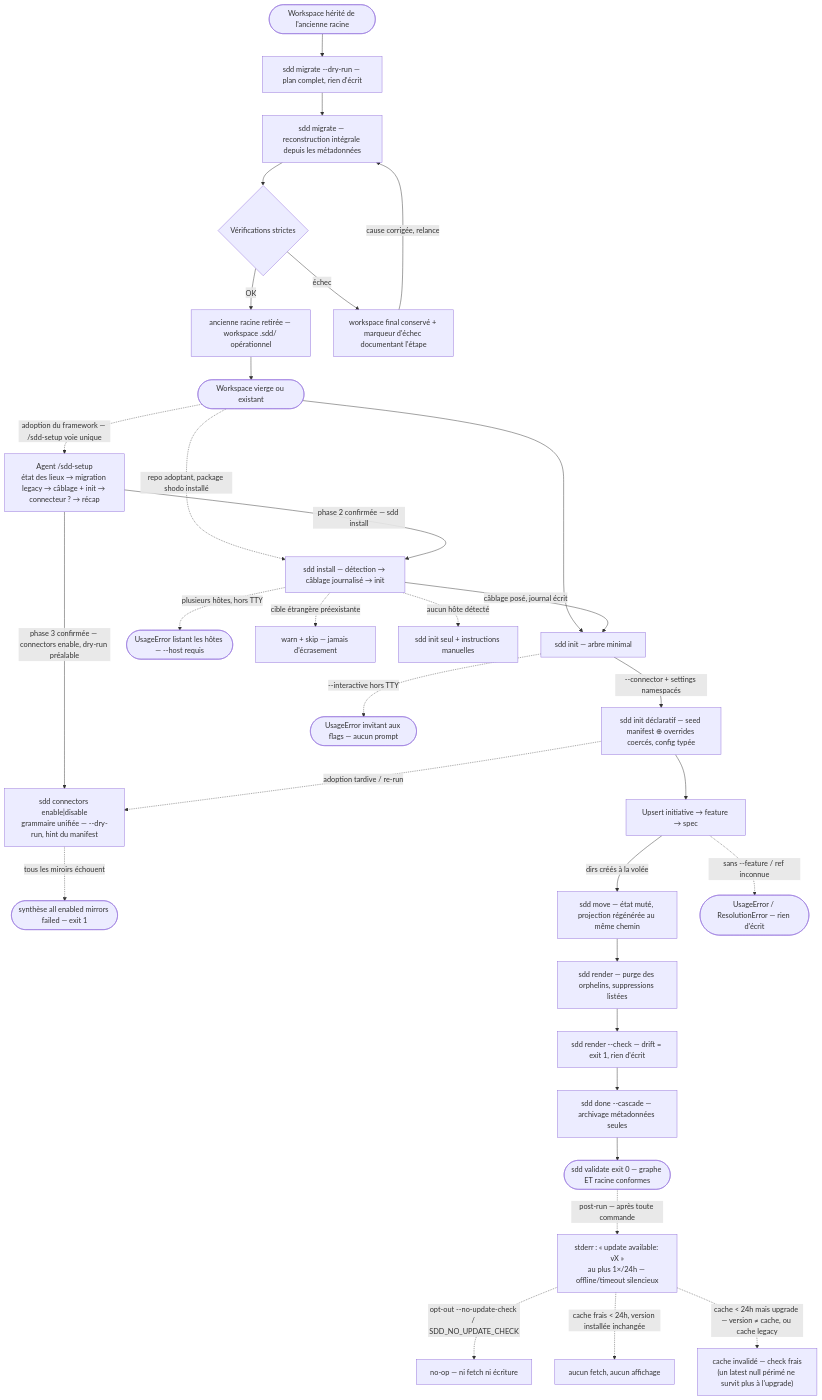
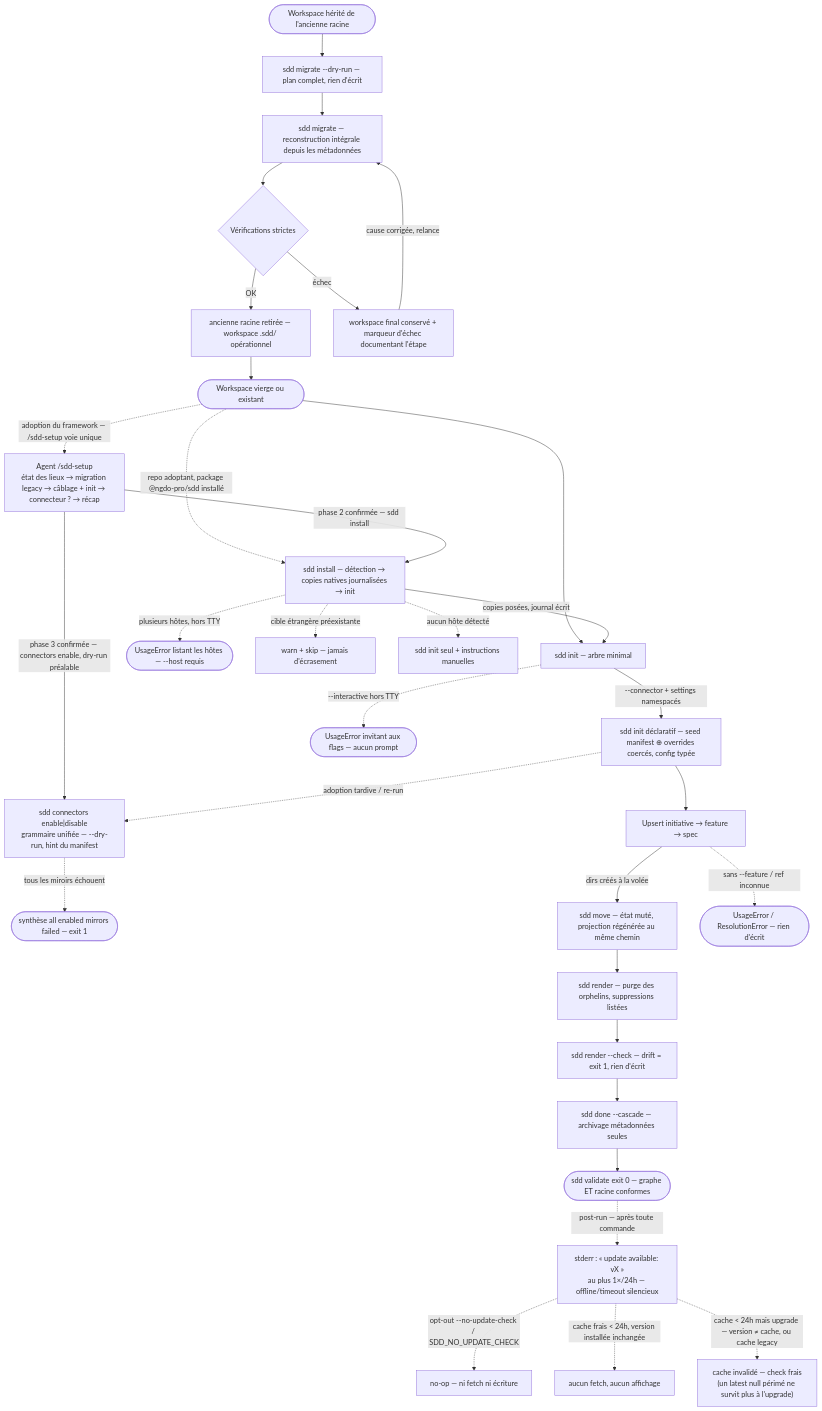
The diagram in .sdd/knowledge/domains/spec-model/behavior.md (ngdo-pro/sdd), drawn with Mermaid before and after one commit. The commit also changed other lines of this file and 16 other files, not shown here.

````diff
--- a/.sdd/knowledge/domains/spec-model/behavior.md
+++ b/.sdd/knowledge/domains/spec-model/behavior.md
@@ -29,34 +29,34 @@
 ```mermaid
 flowchart TD
     Legacy([Workspace hérité de l'ancienne racine]) --> Plan[sdd migrate --dry-run — plan complet, rien d'écrit]
     Plan --> Migrate[sdd migrate — reconstruction intégrale depuis les métadonnées]
     Migrate --> Gate{Vérifications strictes}
     Gate -->|OK| Retire[ancienne racine retirée — workspace .sdd/ opérationnel]
     Gate -->|échec| Marker[workspace final conservé + marqueur d'échec documentant l'étape]
     Marker -->|cause corrigée, relance| Migrate
     Retire --> Start
     Start([Workspace vierge ou existant]) --> Init[sdd init — arbre minimal]
-    Start -.->|repo adoptant, package shodo installé| Inst["sdd install — détection → câblage journalisé → init"]
+    Start -.->|repo adoptant, package @ngdo-pro/sdd installé| Inst["sdd install — détection → copies natives journalisées → init"]
     Inst -.->|plusieurs hôtes, hors TTY| ErrHost([UsageError listant les hôtes — --host requis])
     Inst -.->|cible étrangère préexistante| WarnSkip[warn + skip — jamais d'écrasement]
-    Inst -->|câblage posé, journal écrit| Init
+    Inst -->|copies posées, journal écrit| Init
     Inst -.->|aucun hôte détecté| Deg[sdd init seul + instructions manuelles]
     Start -.->|adoption du framework — /sdd-setup voie unique| Setup["Agent /sdd-setup<br>état des lieux → migration legacy → câblage + init → connecteur ? → récap"]
     Setup -->|phase 2 confirmée — sdd install| Inst
     Setup -->|phase 3 confirmée — connectors enable, dry-run préalable| Late
     Init -->|--connector + settings namespacés| Decl[sdd init déclaratif — seed manifest ⊕ overrides coercés, config typée]
     Init -.->|--interactive hors TTY| ErrTTY([UsageError invitant aux flags — aucun prompt])
     Decl --> Frame[Upsert initiative → feature → spec]
     Decl -.->|adoption tardive / re-run| Late["sdd connectors enable|disable<br>grammaire unifiée — --dry-run, hint du manifest"]
     Late -.->|tous les miroirs échouent| Fail1([synthèse all enabled mirrors failed — exit 1])
     Frame -->|dirs créés à la volée| Move[sdd move — état muté, projection régénérée au même chemin]
     Frame -.->|sans --feature / ref inconnue| Err([UsageError / ResolutionError — rien d'écrit])
     Move --> Render[sdd render — purge des orphelins, suppressions listées]
     Render --> Check[sdd render --check — drift = exit 1, rien d'écrit]
     Check --> Done[sdd done --cascade — archivage métadonnées seules]
     Done --> Valid([sdd validate exit 0 — graphe ET racine conformes])
     Valid -.->|post-run — après toute commande| Notice["stderr : « update available: vX »<br>au plus 1×/24h — offline/timeout silencieux"]
     Notice -.->|opt-out --no-update-check / SDD_NO_UPDATE_CHECK| Mute[no-op — ni fetch ni écriture]
     Notice -.->|cache frais < 24h, version installée inchangée| NoFetch[aucun fetch, aucun affichage]
     Notice -.->|cache < 24h mais upgrade — version ≠ cache, ou cache legacy| Refresh["cache invalidé — check frais<br>(un latest null périmé ne survit plus à l'upgrade)"]
 ```
````
